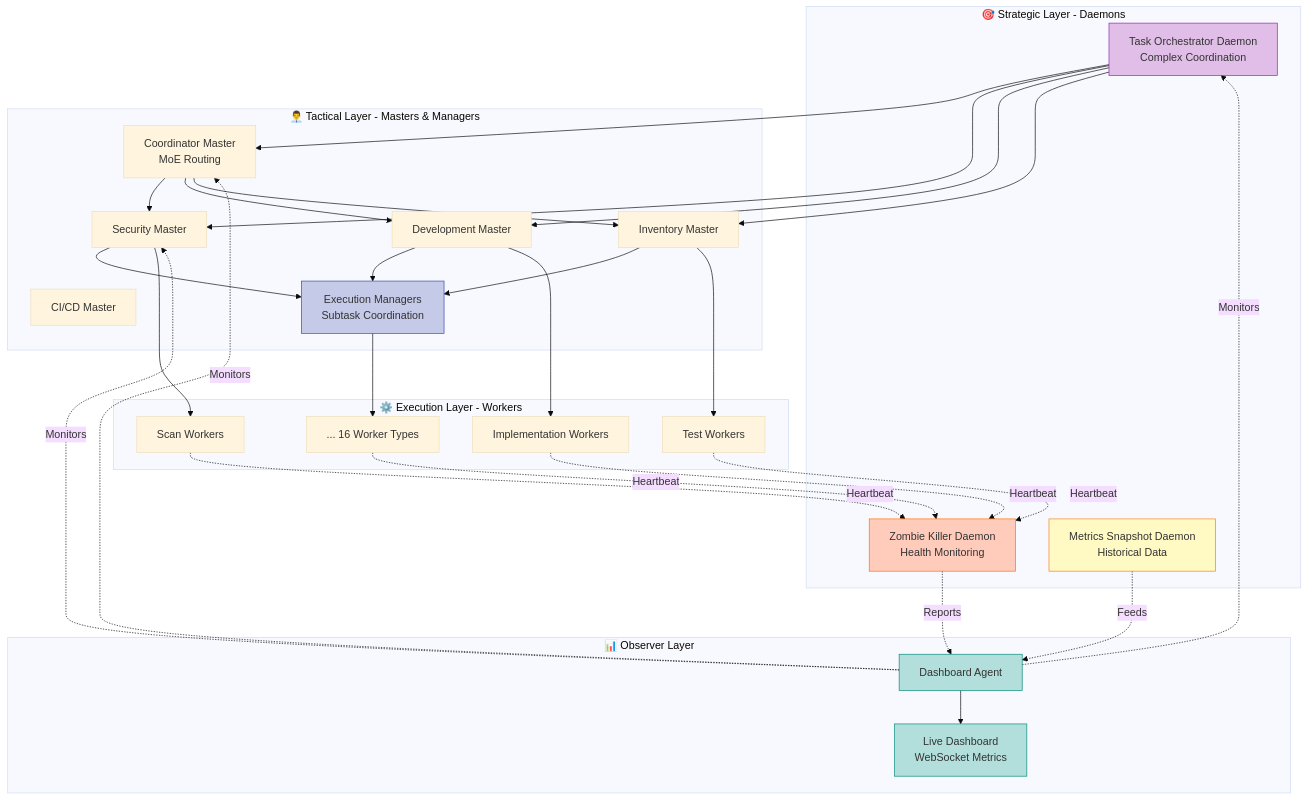
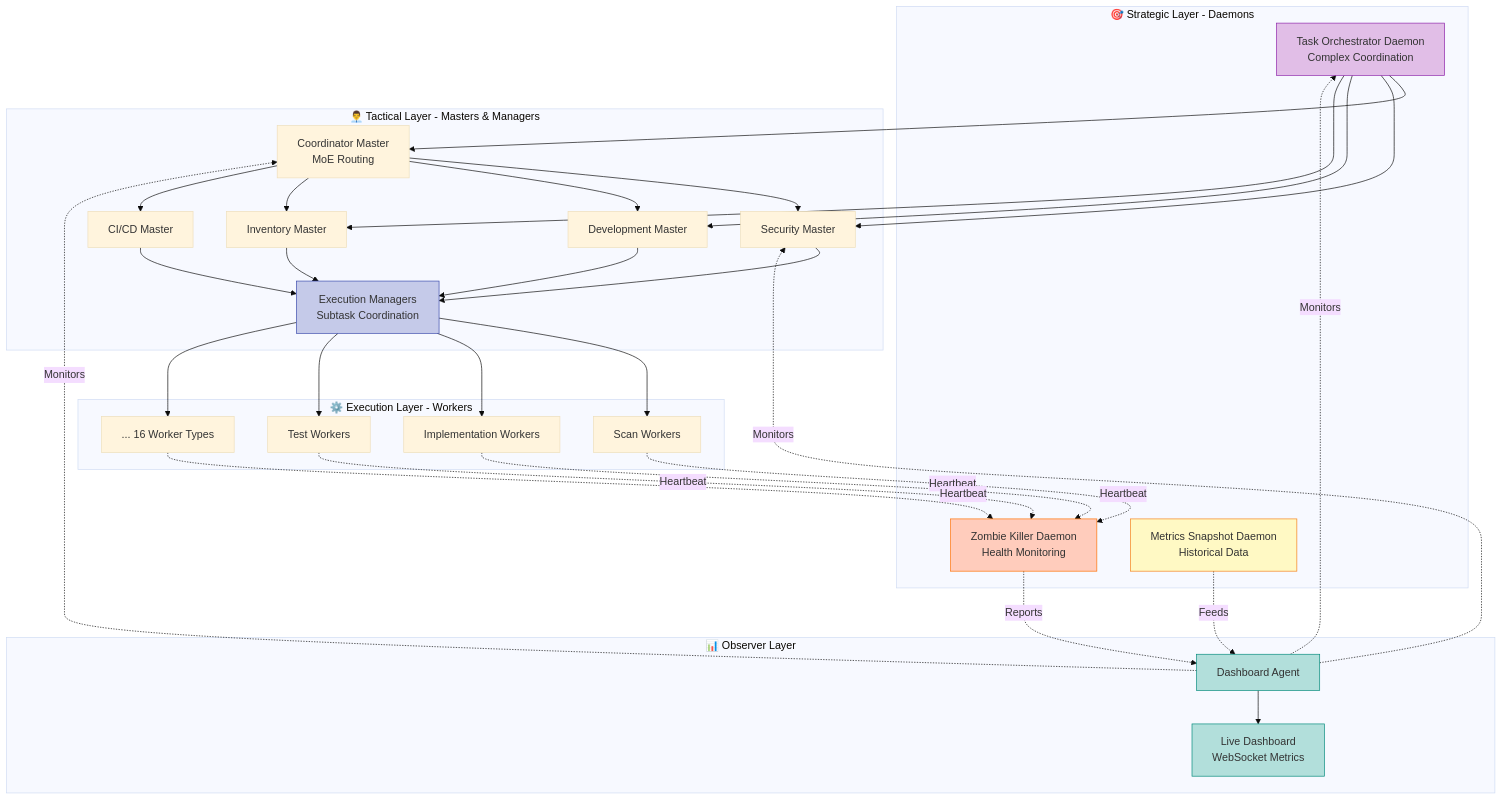
The diagram in README.md (cortex-io/cortex), drawn with Mermaid (base theme) before and after one commit. The commit also changed 1 other file, not shown here.

Commit message:
fix(architecture): correct worker flow through Execution Managers
Fixed v4.0 architecture to show proper tactical layer coordination:

Before (incorrect):
- Masters → Workers directly
- Only some workers through Execution Managers

After (correct):
- Masters → Execution Managers → Workers
- ALL workers coordinated through Execution Managers

Changes:
- All 4 specialist masters (SM, DM, IM, CICD) → Execution Managers
- Execution Managers → All workers (W1, W2, W3, W4)
- Added missing CM → CICD connection in README

This properly reflects the v4.0 three-layer architecture where:
1. Strategic: Task Orchestrator routes to Coordinator
2. Tactical: Coordinator routes to Masters → Masters spawn Execution Managers
3. Execution: Execution Managers coordinate all workers

Updated in:
- README.md architecture diagram
- Dashboard About page flowchart

🤖 Generated with [Claude Code](https://claude.com/claude-code)

````diff
--- a/README.md
+++ b/README.md
@@ -76,66 +76,68 @@
 ```mermaid
 graph TB
     subgraph Strategic["🎯 Strategic Layer - Daemons"]
         TO["Task Orchestrator Daemon<br/>Complex Coordination"]
         ZK["Zombie Killer Daemon<br/>Health Monitoring"]
         MS["Metrics Snapshot Daemon<br/>Historical Data"]
     end
 
     subgraph Tactical["👨‍💼 Tactical Layer - Masters & Managers"]
         CM["Coordinator Master<br/>MoE Routing"]
         SM["Security Master"]
         DM["Development Master"]
         IM["Inventory Master"]
         CICD["CI/CD Master"]
         EM["Execution Managers<br/>Subtask Coordination"]
     end
 
     subgraph Execution["⚙️ Execution Layer - Workers"]
         W1["Scan Workers"]
         W2["Implementation Workers"]
         W3["Test Workers"]
         W4["... 16 Worker Types"]
     end
 
     subgraph Observer["📊 Observer Layer"]
         DA["Dashboard Agent"]
         DASH["Live Dashboard<br/>WebSocket Metrics"]
     end
 
     TO --> CM
     TO --> SM
     TO --> DM
     TO --> IM
 
     CM --> SM
     CM --> DM
     CM --> IM
+    CM --> CICD
 
     SM --> EM
     DM --> EM
     IM --> EM
+    CICD --> EM
 
-    SM --> W1
-    DM --> W2
-    IM --> W3
+    EM --> W1
+    EM --> W2
+    EM --> W3
     EM --> W4
 
     W1 -.->|Heartbeat| ZK
     W2 -.->|Heartbeat| ZK
     W3 -.->|Heartbeat| ZK
     W4 -.->|Heartbeat| ZK
 
     ZK -.->|Reports| DA
     DA -.->|Monitors| TO
     DA -.->|Monitors| CM
     DA -.->|Monitors| SM
     MS -.->|Feeds| DA
     DA --> DASH
 
     style TO fill:#e1bee7,stroke:#8e24aa
     style ZK fill:#ffccbc,stroke:#ff6f00
     style MS fill:#fff9c4,stroke:#f57f17
     style EM fill:#c5cae9,stroke:#3949ab
     style DA fill:#b2dfdb,stroke:#00897b
     style DASH fill:#b2dfdb,stroke:#00897b
 ```
````
